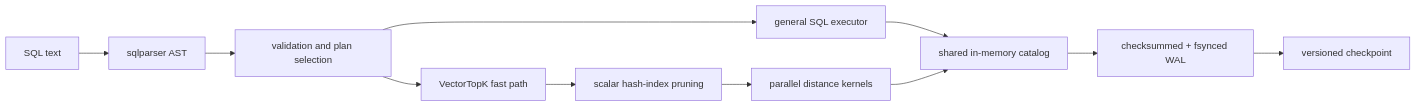
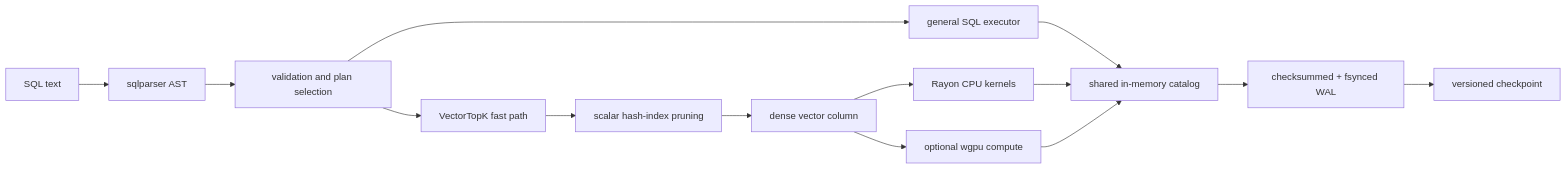
Before and after one commit to kamilsj/vectors: the diagram in docs/ARCHITECTURE.md, drawn with Mermaid. The commit also changed other lines of this file and 39 other files, not shown here.

````diff
--- a/docs/ARCHITECTURE.md
+++ b/docs/ARCHITECTURE.md
@@ -10,13 +10,16 @@
 ```mermaid
 flowchart LR
     SQL["SQL text"] --> Parser["sqlparser AST"]
     Parser --> Planner["validation and plan selection"]
     Planner --> General["general SQL executor"]
     Planner --> TopK["VectorTopK fast path"]
     General --> Catalog["shared in-memory catalog"]
     TopK --> Index["scalar hash-index pruning"]
-    Index --> Kernels["parallel distance kernels"]
-    Kernels --> Catalog
+    Index --> Dense["dense vector column"]
+    Dense --> CPU["Rayon CPU kernels"]
+    Dense --> GPU["optional wgpu compute"]
+    CPU --> Catalog
+    GPU --> Catalog
     Catalog --> WAL["checksummed + fsynced WAL"]
     WAL --> Snapshot["versioned checkpoint"]
 ```
````
